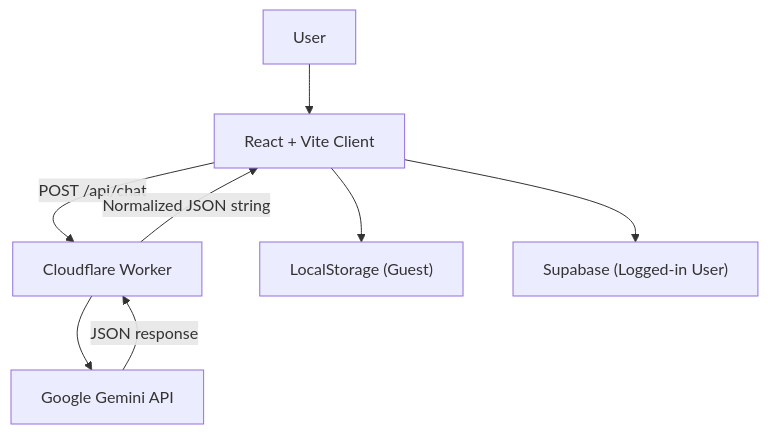
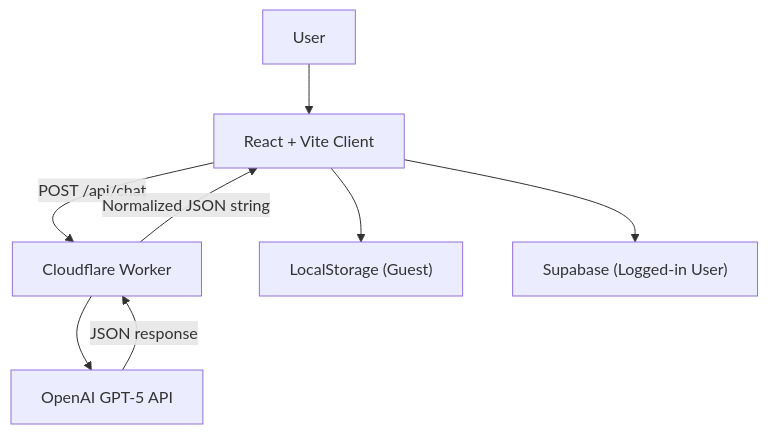
One commit to jeonsavvy/V-MATE-PLATFORM changed the diagram in README.md. Above: the diagram before and after it, drawn with Mermaid. The commit also changed other lines of this file and 4 other files, not shown here.

Commit message:
feat: switch chat backend to OpenAI GPT-5

````diff
--- a/README.md
+++ b/README.md
@@ -9,11 +9,11 @@
 ```mermaid
 graph TD
     U["User"] --> A["React + Vite Client"]
     A -->|"POST /api/chat"| B["Cloudflare Worker"]
-    B --> C["Google Gemini API"]
+    B --> C["OpenAI GPT-5 API"]
     C -->|"JSON response"| B
     B -->|"Normalized JSON string"| A
 
     A --> D["LocalStorage (Guest)"]
     A --> E["Supabase (Logged-in User)"]
 ```
````
